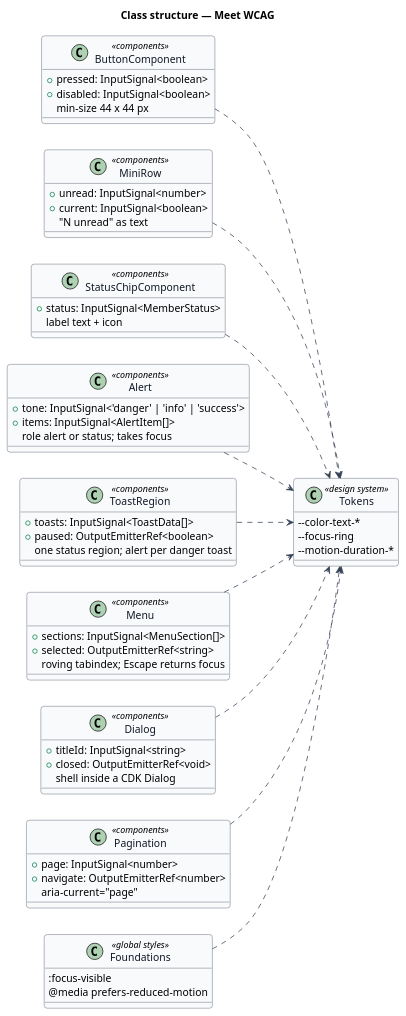
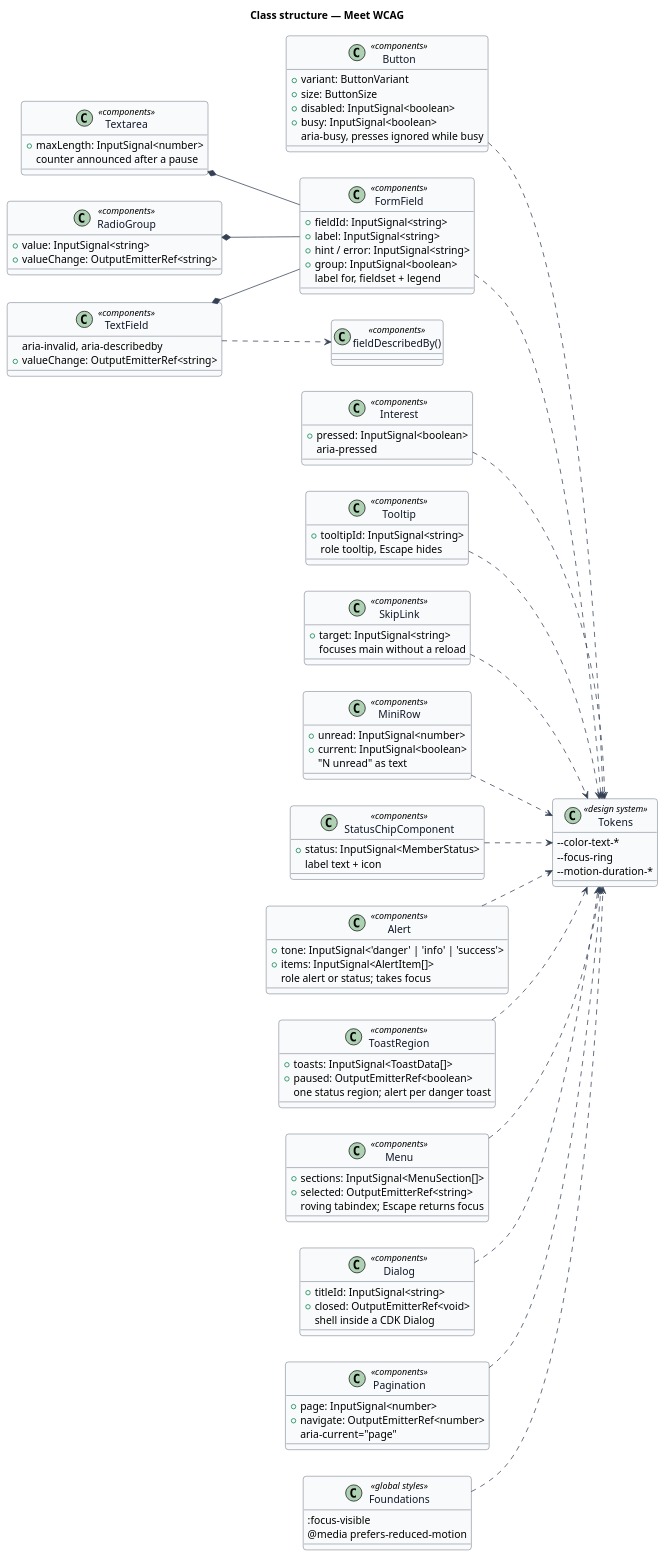
The diagram in docs/detailed-designs/accessibility/meet-wcag/diagrams/class.puml (QuinntyneBrown/christian-fitness), drawn with PlantUML before and after one commit. The commit also changed 149 other files, not shown here.

```diff
--- a/docs/detailed-designs/accessibility/meet-wcag/diagrams/class.puml
+++ b/docs/detailed-designs/accessibility/meet-wcag/diagrams/class.puml
@@ -1,72 +1,114 @@
 @startuml
 skinparam backgroundColor #FFFFFF
 skinparam shadowing false
 skinparam roundcorner 8
 skinparam defaultFontName Arial
 skinparam ArrowColor #344054
 skinparam class {
   BorderColor #344054
   FontColor #101828
   BackgroundColor #F9FAFB
 }
 title Class structure — Meet WCAG
 left to right direction
 
-class ButtonComponent <<components>> {
+class Button <<components>> {
+  +variant: ButtonVariant
+  +size: ButtonSize
+  +disabled: InputSignal<boolean>
+  +busy: InputSignal<boolean>
+  aria-busy, presses ignored while busy
+}
+class FormField <<components>> {
+  +fieldId: InputSignal<string>
+  +label: InputSignal<string>
+  +hint / error: InputSignal<string>
+  +group: InputSignal<boolean>
+  label for, fieldset + legend
+}
+class TextField <<components>> {
+  aria-invalid, aria-describedby
+  +valueChange: OutputEmitterRef<string>
+}
+class Textarea <<components>> {
+  +maxLength: InputSignal<number>
+  counter announced after a pause
+}
+class RadioGroup <<components>> {
+  +value: InputSignal<string>
+  +valueChange: OutputEmitterRef<string>
+}
+class Interest <<components>> {
   +pressed: InputSignal<boolean>
-  +disabled: InputSignal<boolean>
-  min-size 44 x 44 px
+  aria-pressed
 }
+class Tooltip <<components>> {
+  +tooltipId: InputSignal<string>
+  role tooltip, Escape hides
+}
+class SkipLink <<components>> {
+  +target: InputSignal<string>
+  focuses main without a reload
+}
+class "fieldDescribedBy()" as Described <<components>>
+TextField *-- FormField
+Textarea *-- FormField
+RadioGroup *-- FormField
+TextField ..> Described
+Button ..> Tokens
+FormField ..> Tokens
+Interest ..> Tokens
+Tooltip ..> Tokens
+SkipLink ..> Tokens
 class MiniRow <<components>> {
   +unread: InputSignal<number>
   +current: InputSignal<boolean>
   "N unread" as text
 }
 class StatusChipComponent <<components>> {
   +status: InputSignal<MemberStatus>
   label text + icon
 }
 class Alert <<components>> {
   +tone: InputSignal<'danger' | 'info' | 'success'>
   +items: InputSignal<AlertItem[]>
   role alert or status; takes focus
 }
 class ToastRegion <<components>> {
   +toasts: InputSignal<ToastData[]>
   +paused: OutputEmitterRef<boolean>
   one status region; alert per danger toast
 }
 class Menu <<components>> {
   +sections: InputSignal<MenuSection[]>
   +selected: OutputEmitterRef<string>
   roving tabindex; Escape returns focus
 }
 class Dialog <<components>> {
   +titleId: InputSignal<string>
   +closed: OutputEmitterRef<void>
   shell inside a CDK Dialog
 }
 class Pagination <<components>> {
   +page: InputSignal<number>
   +navigate: OutputEmitterRef<number>
   aria-current="page"
 }
 class Tokens <<design system>> {
   --color-text-*
   --focus-ring
   --motion-duration-*
 }
 class Foundations <<global styles>> {
   :focus-visible
   @media prefers-reduced-motion
 }
-ButtonComponent ..> Tokens
 MiniRow ..> Tokens
 StatusChipComponent ..> Tokens
 Alert ..> Tokens
 ToastRegion ..> Tokens
 Menu ..> Tokens
 Dialog ..> Tokens
 Pagination ..> Tokens
 Foundations ..> Tokens
 @enduml
```
